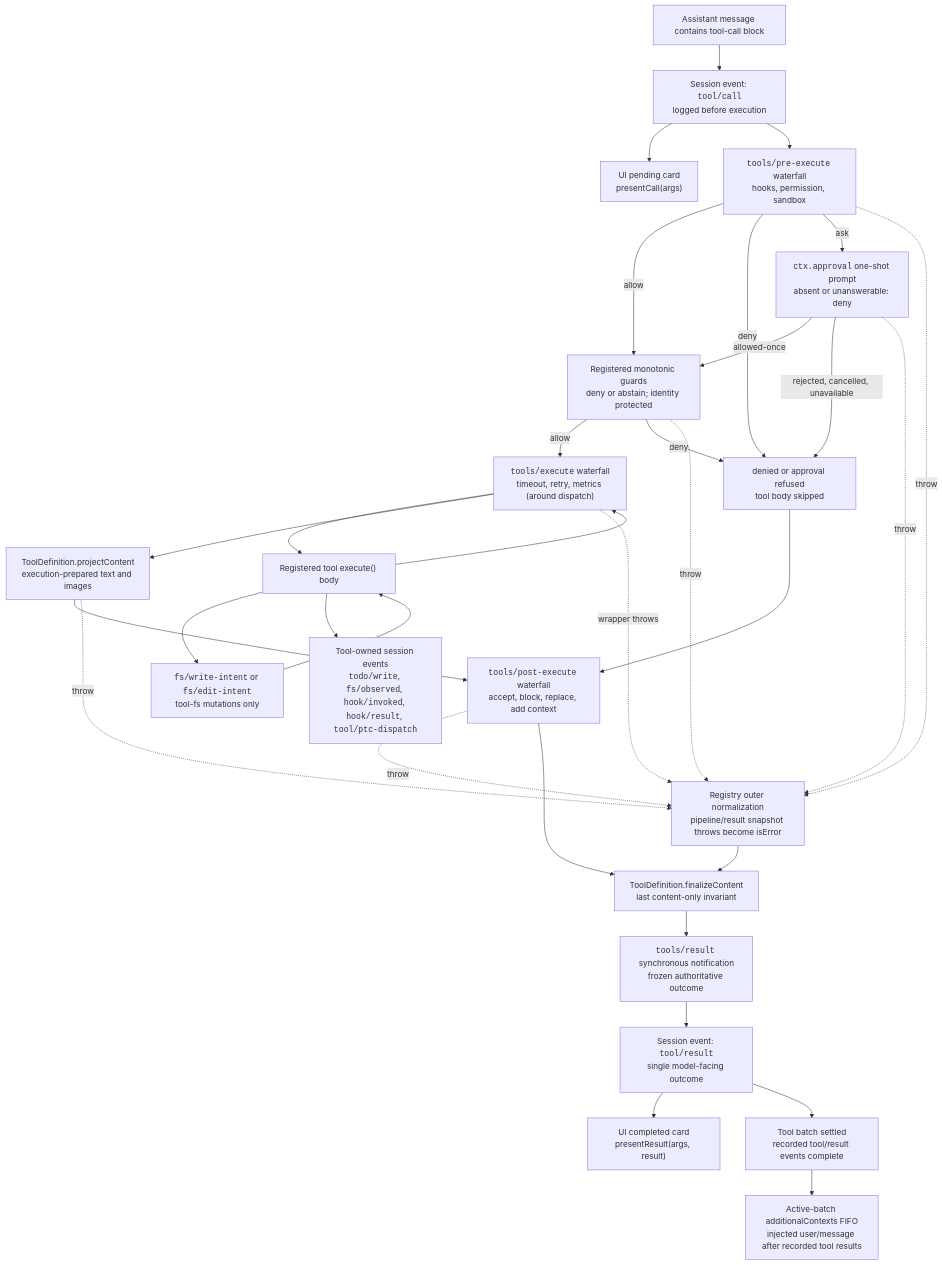
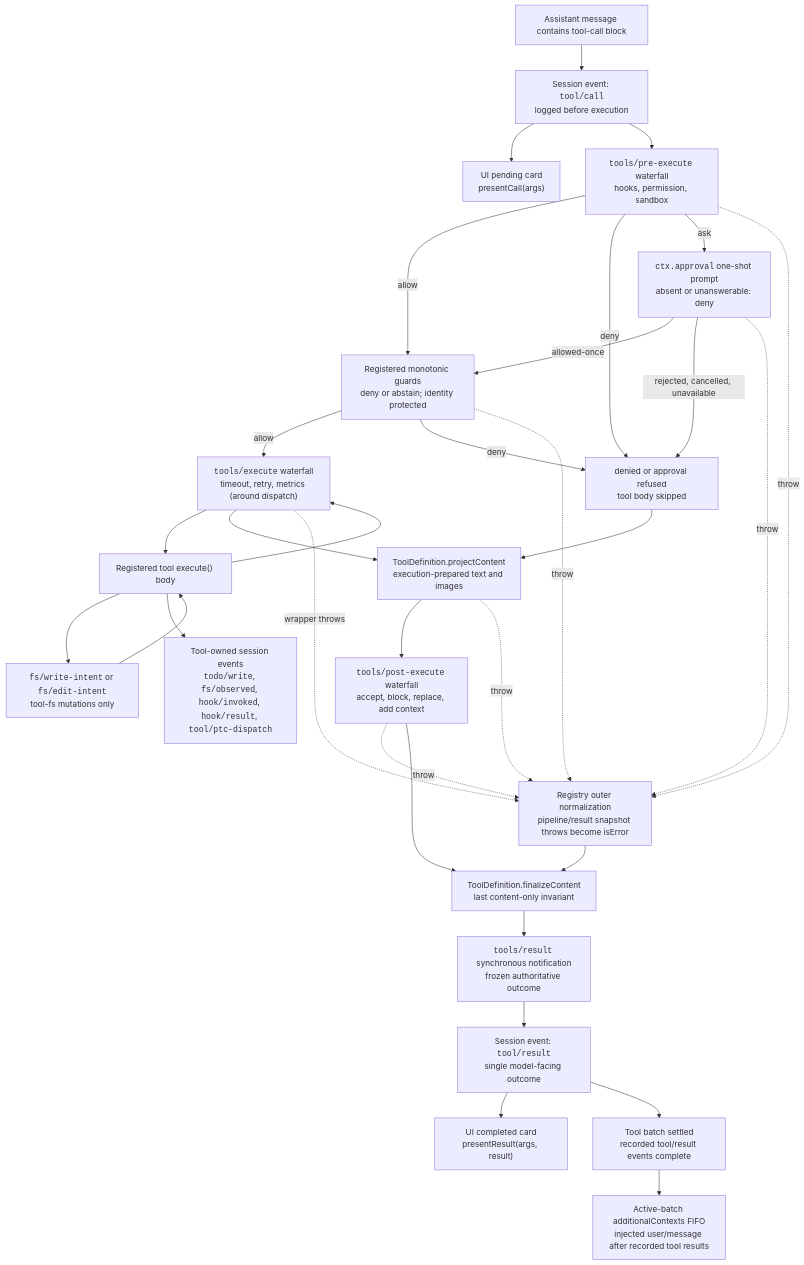
The diagram in docs/tool-execution-pipeline.md (guojiaxian/deepseek-harness-WTAgent), drawn with Mermaid before and after one commit. The commit also changed 5 other files, not shown here.

````diff
--- a/docs/tool-execution-pipeline.md
+++ b/docs/tool-execution-pipeline.md
@@ -8,54 +8,54 @@
 ```mermaid
 flowchart TD
   model["Assistant message contains tool-call block"]
   toolCall["Session event: <code>tool/call</code><br/>logged before execution"]
   presentCall["UI pending card<br/>presentCall(args)"]
   pre["<code>tools/pre-execute</code> waterfall<br/>hooks, permission, sandbox"]
   guards["Registered monotonic guards<br/>deny or abstain; identity protected"]
   denied["denied or approval refused<br/>tool body skipped"]
   approval["<code>ctx.approval</code> one-shot prompt<br/>absent or unanswerable: deny"]
   around["<code>tools/execute</code> waterfall<br/>timeout, retry, metrics (around dispatch)"]
   toolBody["Registered tool execute() body"]
   fsGate["<code>fs/write-intent</code> or <code>fs/edit-intent</code><br/>tool-fs mutations only"]
   owned["Tool-owned session events<br/><code>todo/write</code>, <code>fs/observed</code>, <code>hook/invoked</code>, <code>hook/result</code>, <code>tool/ptc-dispatch</code>"]
   project["ToolDefinition.projectContent<br/>execution-prepared text and images"]
   post["<code>tools/post-execute</code> waterfall<br/>accept, block, replace, add context"]
   normalized["Registry outer normalization<br/>pipeline/result snapshot throws become isError"]
   finalize["ToolDefinition.finalizeContent<br/>last content-only invariant"]
   final["<code>tools/result</code> synchronous notification<br/>frozen authoritative outcome"]
   context["Active-batch additionalContexts FIFO<br/>injected user/message after recorded tool results"]
   toolResult["Session event: <code>tool/result</code><br/>single model-facing outcome"]
   allResults["Tool batch settled<br/>recorded tool/result events complete"]
   presentResult["UI completed card<br/>presentResult(args, result)"]
   model --> toolCall
   toolCall --> presentCall
   toolCall --> pre
   pre -->|allow| guards
   guards -->|allow| around
   guards -->|deny| denied
   guards -.->|throw| normalized
   around --> toolBody
   pre -->|deny| denied
   pre -->|ask| approval
   approval -->|allowed-once| guards
   approval -->|rejected, cancelled, unavailable| denied
   approval -.->|throw| normalized
-  denied --> post
+  denied --> project
   pre -.->|throw| normalized
   toolBody --> fsGate
   fsGate --> toolBody
   toolBody --> owned
   toolBody --> around
   around --> project
   project --> post
   project -.->|throw| normalized
   around -.->|wrapper throws| normalized
   post -.->|throw| normalized
   post --> finalize
   normalized --> finalize
   finalize --> final
   final --> toolResult
   toolResult --> presentResult
   toolResult --> allResults
   allResults --> context
 ```
````
